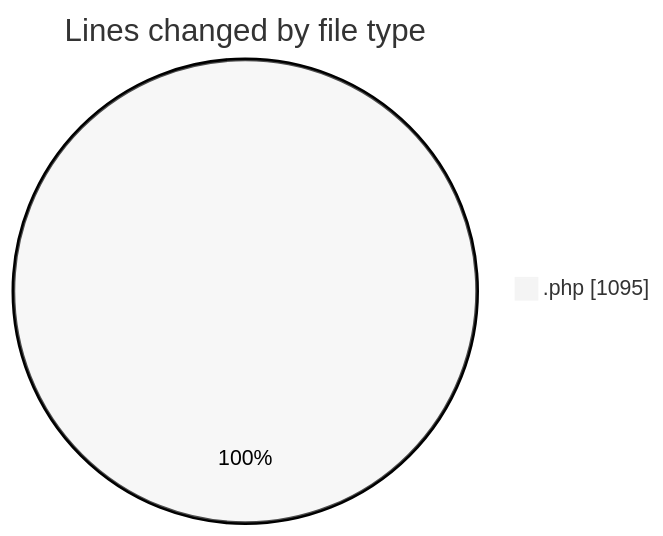
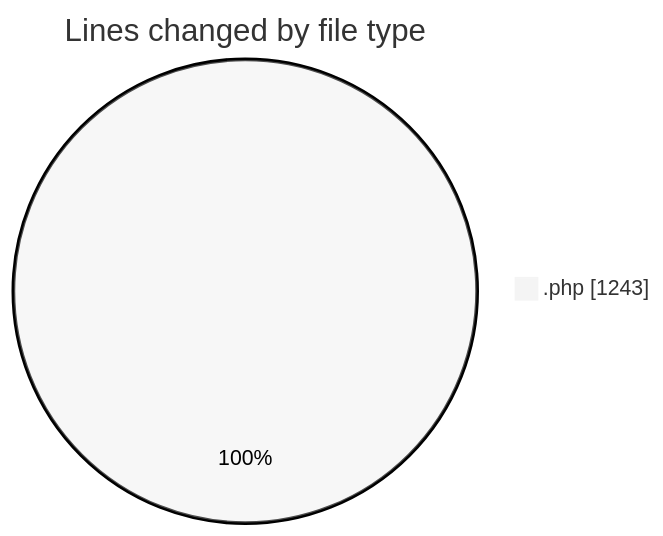
One commit to LanceThiago/code-tracking changed the first of 2 diagrams in 2025-01-14/oficina/README.md. Above: the diagram before and after it, drawn with Mermaid (neutral theme). The commit also changed other lines of this file and 1 other file, not shown here.

````diff
--- a/2025-01-14/oficina/README.md
+++ b/2025-01-14/oficina/README.md
@@ -23,5 +23,5 @@
 ```mermaid
 pie showData
 title Lines changed by file type
-".php" : 1095
+".php" : 1243
 ```
````
